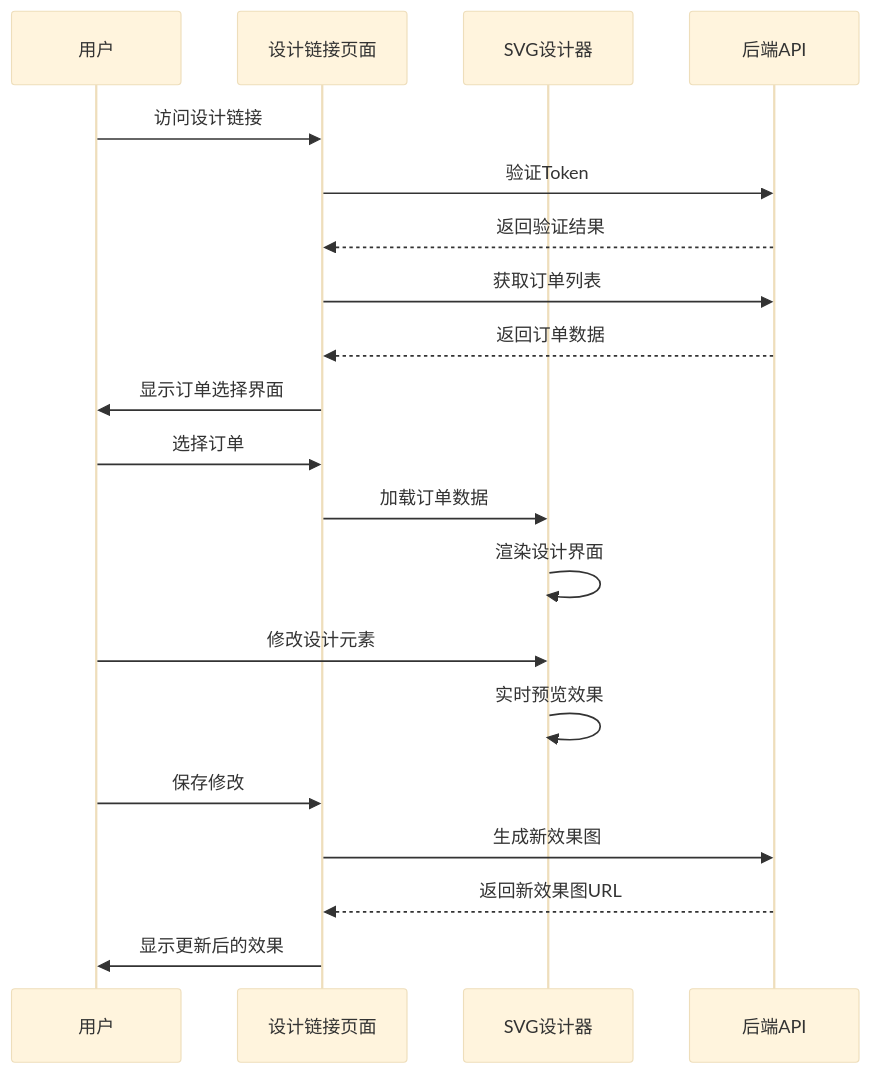
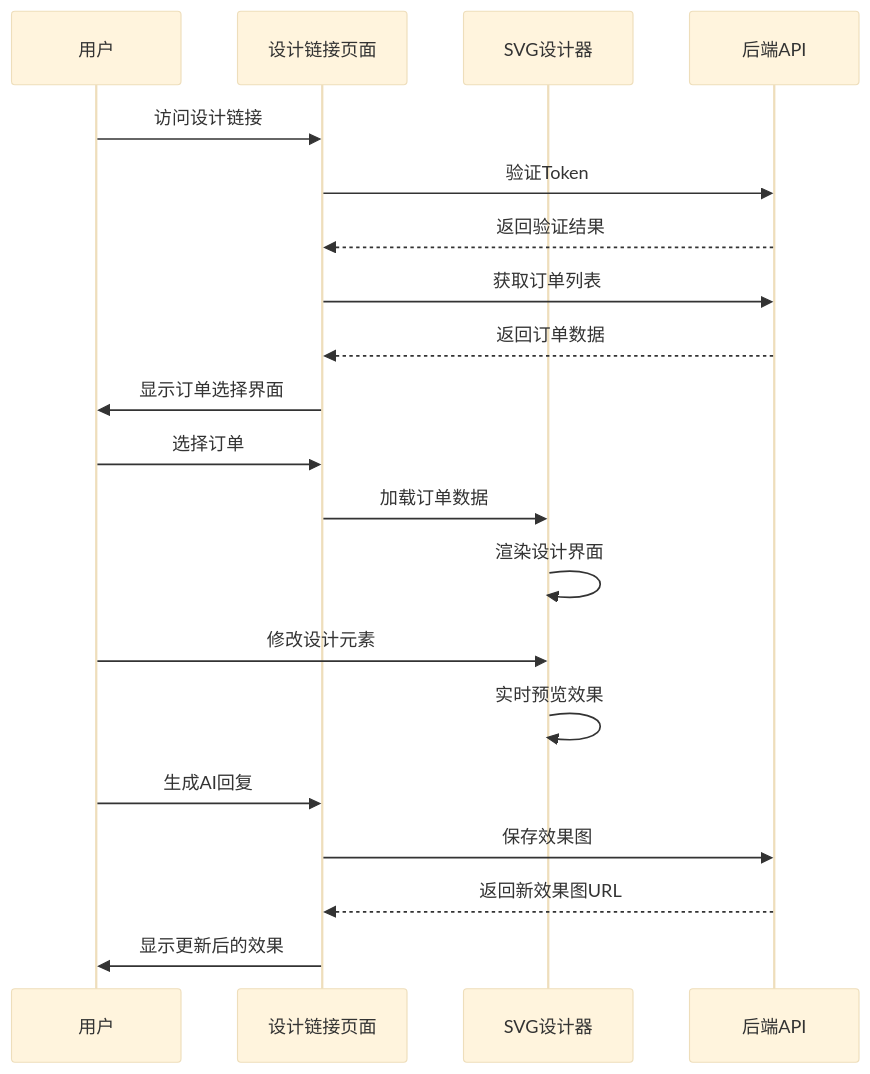
One commit to SY6621/POD-Order-Management changed the fifth of 13 diagrams in .qoder/repowiki/zh/content/开发指南/客服外链双链接系统.md. Above: the diagram before and after it, drawn with Mermaid (base theme). The commit also changed other lines of this file and 7 other files, not shown here.

````diff
--- a/.qoder/repowiki/zh/content/开发指南/客服外链双链接系统.md
+++ b/.qoder/repowiki/zh/content/开发指南/客服外链双链接系统.md
@@ -307,22 +365,22 @@
 ```mermaid
 sequenceDiagram
 participant User as 用户
 participant DesignLink as 设计链接页面
 participant Designer as SVG设计器
 participant Backend as 后端API
 User->>DesignLink : 访问设计链接
 DesignLink->>Backend : 验证Token
 Backend-->>DesignLink : 返回验证结果
 DesignLink->>Backend : 获取订单列表
 Backend-->>DesignLink : 返回订单数据
 DesignLink->>User : 显示订单选择界面
 User->>DesignLink : 选择订单
 DesignLink->>Designer : 加载订单数据
 Designer->>Designer : 渲染设计界面
 User->>Designer : 修改设计元素
 Designer->>Designer : 实时预览效果
-User->>DesignLink : 保存修改
-DesignLink->>Backend : 生成新效果图
+User->>DesignLink : 生成AI回复
+DesignLink->>Backend : 保存效果图
 Backend-->>DesignLink : 返回新效果图URL
 DesignLink->>User : 显示更新后的效果
 ```
````
